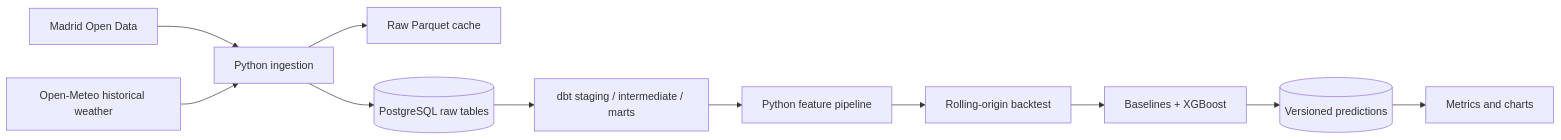
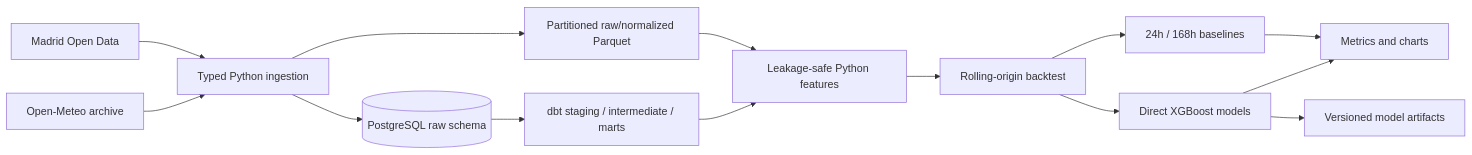
The diagram in README.md (carleondel/madrid_pollution_project), drawn with Mermaid before and after one commit. The commit also changed other lines of this file and 5 other files, not shown here.

Commit message:
docs: publish benchmark results and architecture

````diff
--- a/README.md
+++ b/README.md
@@ -53,13 +63,16 @@
 ```mermaid
 flowchart LR
-    madrid[Madrid Open Data] --> ingest[Python ingestion]
-    weather[Open-Meteo historical weather] --> ingest
-    ingest --> parquet[Raw Parquet cache]
-    ingest --> postgres[(PostgreSQL raw tables)]
+    madrid[Madrid Open Data] --> ingest[Typed Python ingestion]
+    weather[Open-Meteo archive] --> ingest
+    ingest --> parquet[Partitioned raw/normalized Parquet]
+    ingest --> postgres[(PostgreSQL raw schema)]
     postgres --> dbt[dbt staging / intermediate / marts]
-    dbt --> features[Python feature pipeline]
+    parquet --> features[Leakage-safe Python features]
+    dbt --> features
     features --> backtest[Rolling-origin backtest]
-    backtest --> models[Baselines + XGBoost]
-    models --> predictions[(Versioned predictions)]
-    predictions --> reports[Metrics and charts]
+    backtest --> baselines[24h / 168h baselines]
+    backtest --> xgb[Direct XGBoost models]
+    baselines --> reports[Metrics and charts]
+    xgb --> artifacts[Versioned model artifacts]
+    xgb --> reports
 ```
````
